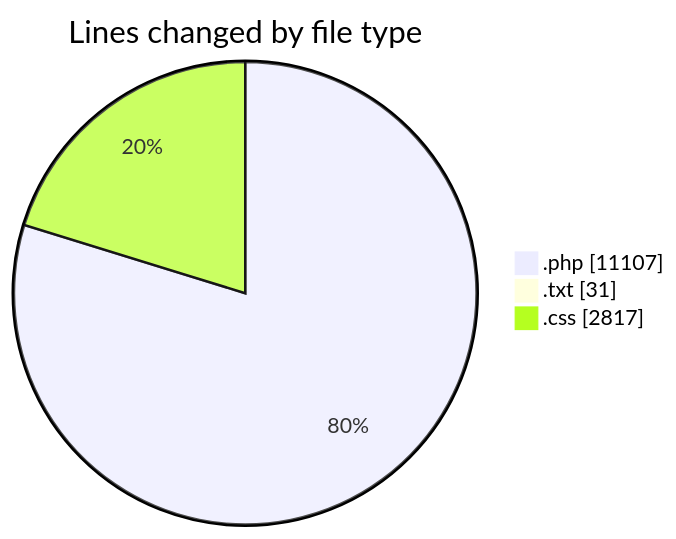
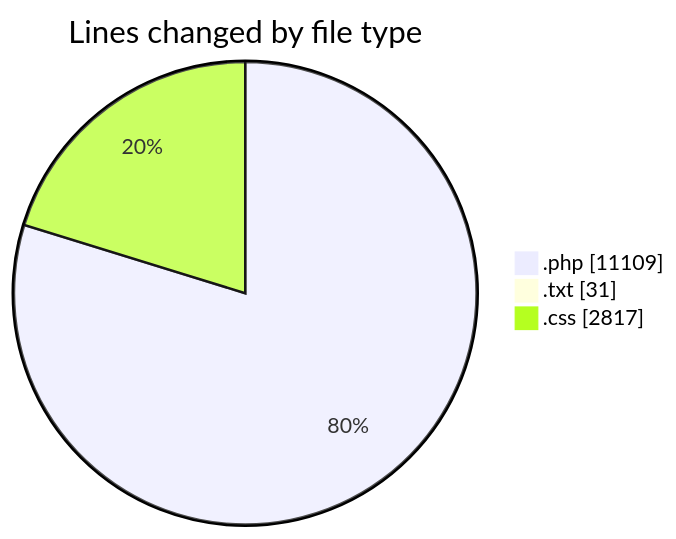
The first of 2 diagrams in 2025-10-17/untitled__workspace_/README.md (debugP/code-tracking), drawn with Mermaid before and after one commit. The commit also changed other lines of this file and 1 other file, not shown here.

````diff
--- a/2025-10-17/untitled__workspace_/README.md
+++ b/2025-10-17/untitled__workspace_/README.md
@@ -27,7 +27,7 @@
 ```mermaid
 pie showData
 title Lines changed by file type
-".php" : 11107
+".php" : 11109
 ".txt" : 31
 ".css" : 2817
 ```
````
